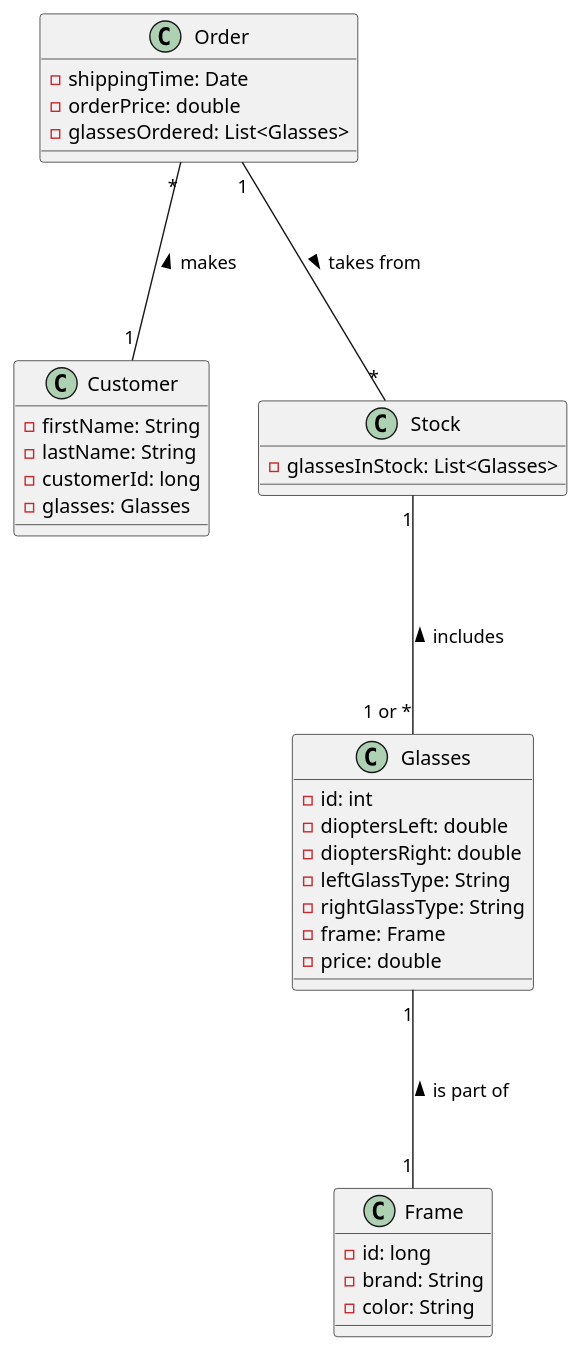
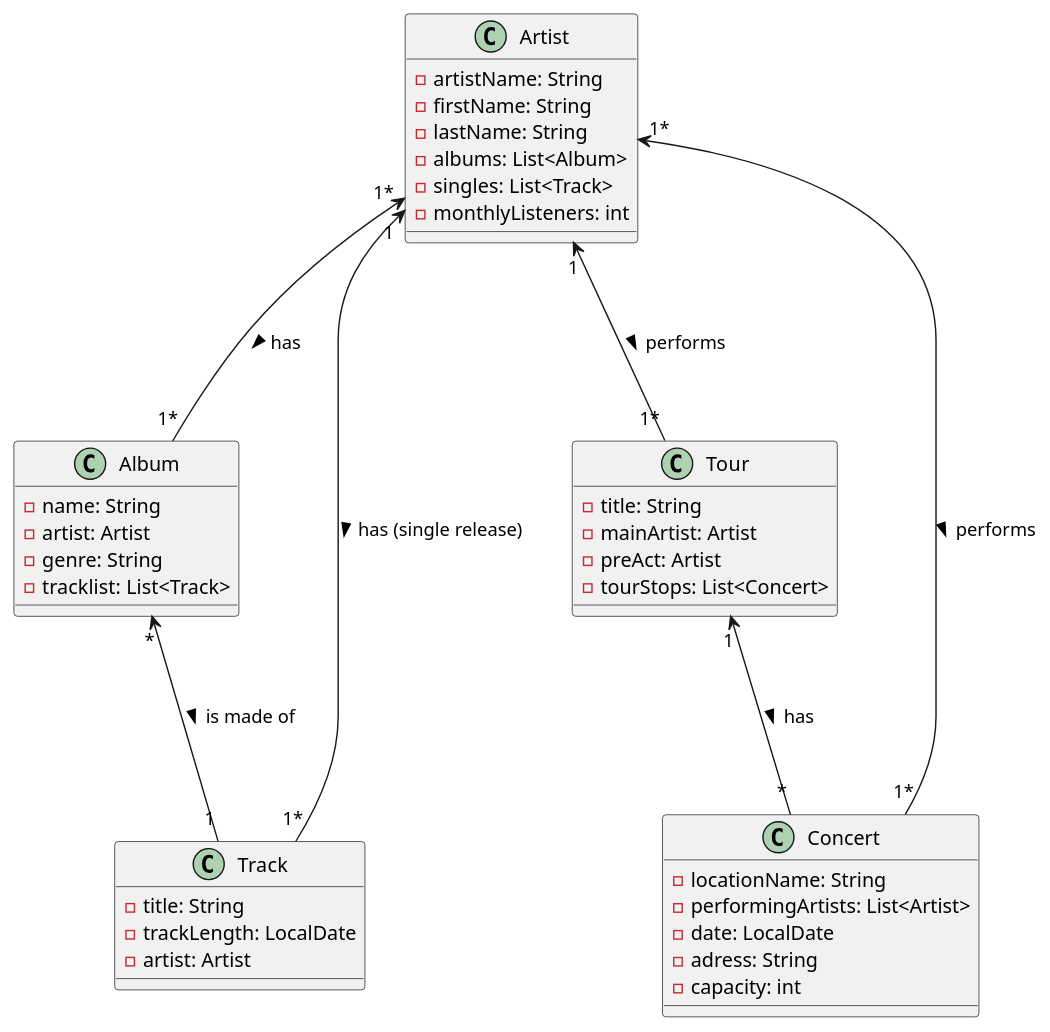
One commit to 2122-5ahitm-sew/01-microproject-thoefler changed the diagram in asciidoc/plantuml/cld.puml. Above: the diagram before and after it, drawn with PlantUML. The commit also changed 2 other files, not shown here.

Commit message:
Added new usecase and class diagram

```diff
--- a/asciidoc/plantuml/cld.puml
+++ b/asciidoc/plantuml/cld.puml
@@ -1,41 +1,48 @@
 @startuml
 
-class Customer {
+class Artist {
+ - artistName: String
  - firstName: String
  - lastName: String
- - customerId: long
- - glasses: Glasses
+ - albums: List<Album>
+ - singles: List<Track>
+ - monthlyListeners: int
 }
 
-class Frame {
- - id: long
- - brand: String
- - color: String
+class Album {
+ - name: String
+ - artist: Artist
+ - genre: String
+ - tracklist: List<Track>
 }
 
-class Order {
- - shippingTime: Date
- - orderPrice: double
- - glassesOrdered: List<Glasses>
+class Track {
+ - title: String
+ - trackLength: LocalDate
+ - artist: Artist
 }
 
-class Stock {
- - glassesInStock: List<Glasses>
+class Tour {
+    - title: String
+    - mainArtist: Artist
+    - preAct: Artist
+    - tourStops: List<Concert>
 }
 
-class Glasses {
- - id: int
- - dioptersLeft: double
- - dioptersRight: double
- - leftGlassType: String
- - rightGlassType: String
- - frame: Frame
- - price: double
+class Concert {
+    - locationName: String
+    - performingArtists: List<Artist>
+    - date: LocalDate
+    - adress: String
+    - capacity: int
 }
 
-Glasses "1" --- "1" Frame: is part of <
-Order "*" --- "1" Customer: makes <
-Stock "1" --- "1 or *" Glasses: includes <
-Order "1" --- "*" Stock: takes from >
+
+Artist "1*" <--- "1*" Album: has >
+Artist "1" <--- "1*" Track: has (single release) >
+Artist "1" <--- "1*" Tour: performs >
+Artist "1*" <--- "1*" Concert: performs >
+Album "*" <--- "1" Track: is made of >
+Tour "1" <--- "*" Concert: has >
 
 @enduml
```
